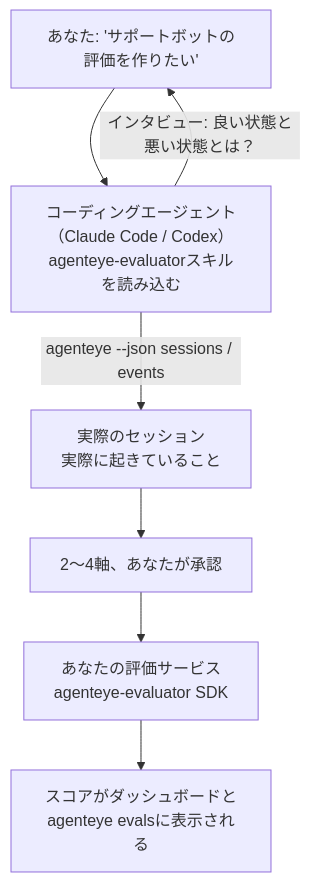
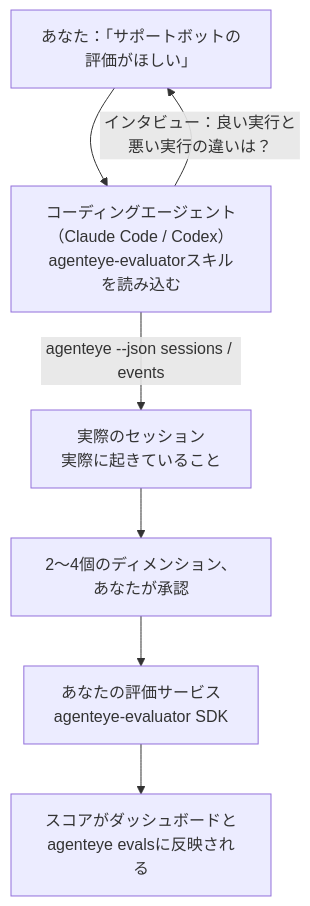
The diagram in docs/ja/agenteye/evaluator-skill.mdx (FailproofAI/failproofai), drawn with Mermaid before and after one commit. The commit also changed other lines of this file and 678 other files, not shown here.

````diff
--- a/docs/ja/agenteye/evaluator-skill.mdx
+++ b/docs/ja/agenteye/evaluator-skill.mdx
@@ -21,9 +21,9 @@
 ```mermaid
 flowchart TD
-    YOU["あなた: 'サポートボットの評価を作りたい'"] --> AGENT["コーディングエージェント（Claude Code / Codex）<br/>agenteye-evaluatorスキルを読み込む"]
-    AGENT -->|"インタビュー: 良い状態と悪い状態とは？"| YOU
+    YOU["あなた：「サポートボットの評価がほしい」"] --> AGENT["コーディングエージェント（Claude Code / Codex）<br/>agenteye-evaluatorスキルを読み込む"]
+    AGENT -->|"インタビュー：良い実行と悪い実行の違いは？"| YOU
     AGENT -->|"agenteye --json sessions / events"| DATA["実際のセッション<br/>実際に起きていること"]
-    DATA --> DIMS["2〜4軸、あなたが承認"]
+    DATA --> DIMS["2〜4個のディメンション、あなたが承認"]
     DIMS --> SVC["あなたの評価サービス<br/>agenteye-evaluator SDK"]
-    SVC --> SCORES["スコアがダッシュボードと<br/>agenteye evalsに表示される"]
+    SVC --> SCORES["スコアがダッシュボードと<br/>agenteye evalsに反映される"]
 ```
````
